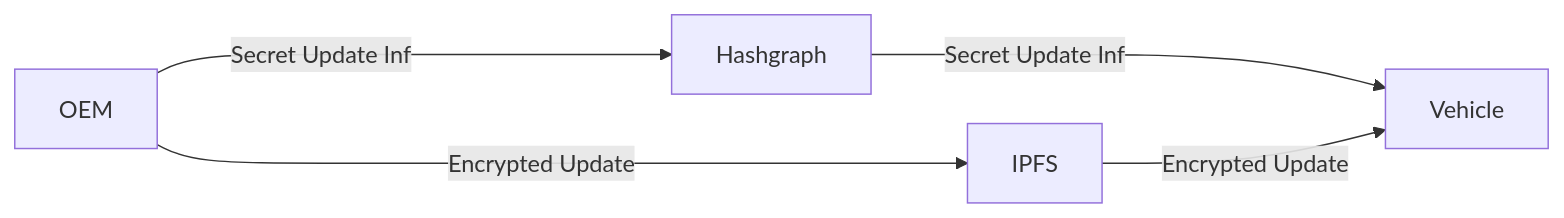
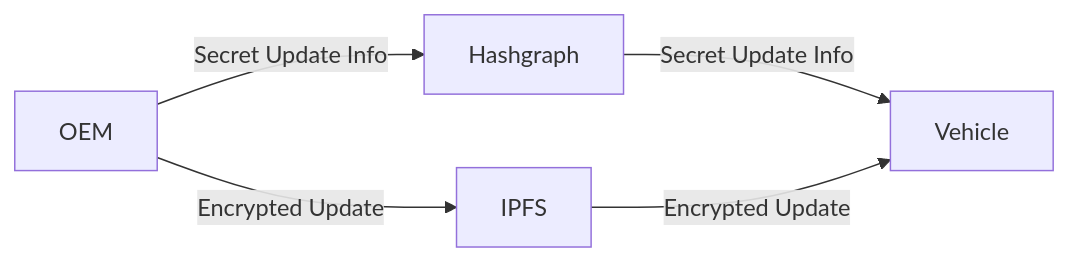
The diagram in README.md (WebDriveSecure/OEM-Platform), drawn with Mermaid before and after one commit. The commit also changed other lines of this file, not shown here.

````diff
--- a/README.md
+++ b/README.md
@@ -10,7 +37,7 @@
 ```mermaid
   graph LR;
-      A[OEM] -- Secret Update Info--> B[Hashgraph];
-      A[OEM] -- Encrypted Update--> C[IPFS];
-      B[Hashgraph] -- Secret Update Info--> D[Vehicle];
-      C[IPFS] -- Encrypted Update--> D[Vehicle];
+    A[ OEM ] -- Secret Update Info --> B[ Hashgraph ];
+    A[ OEM ] -- Encrypted Update --> C[ IPFS ];
+    B[ Hashgraph ] -- Secret Update Info --> D[ Vehicle ];
+    C[ IPFS ] -- Encrypted Update --> D[ Vehicle ];
 ```
````
